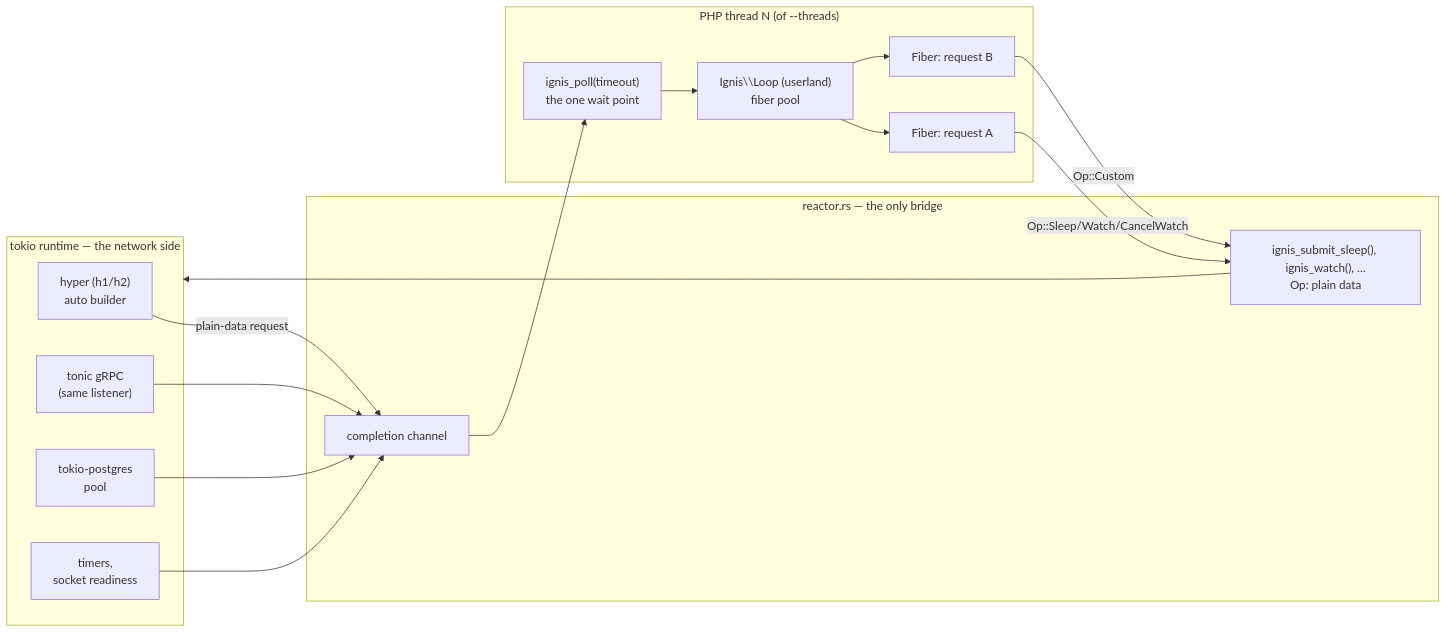
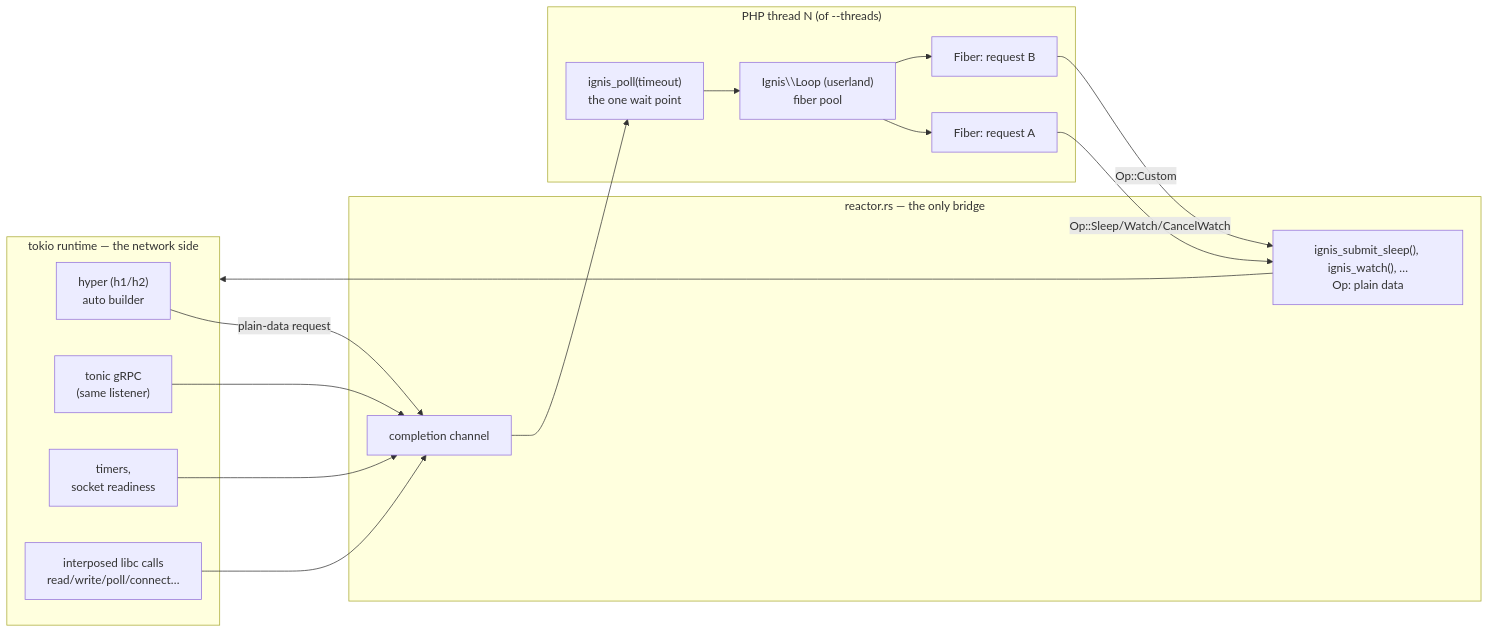
The first of 3 diagrams in docs/concept/architecture.md (koekaverna/ignis), drawn with Mermaid before and after one commit. The commit also changed other lines of this file and 1 other file, not shown here.

First line of the commit message:
docs(architecture): draw the request path and the thread that serves two at once

````diff
--- a/docs/concept/architecture.md
+++ b/docs/concept/architecture.md
@@ -22,33 +21,33 @@
 ```mermaid
 flowchart LR
     subgraph tokio["tokio runtime — the network side"]
         hyper["hyper (h1/h2)\nauto builder"]
         tonic["tonic gRPC\n(same listener)"]
-        pg["tokio-postgres\npool"]
         timers["timers,\nsocket readiness"]
+        park["interposed libc calls\nread/write/poll/connect…"]
     end
 
     subgraph bridge["reactor.rs — the only bridge"]
         submit["ignis_submit_sleep(), ignis_watch(), …\nOp: plain data"]
         completion["completion channel"]
     end
 
     subgraph php["PHP thread N (of --threads)"]
         poll["ignis_poll(timeout)\nthe one wait point"]
         loop_["Ignis\\Loop (userland)\nfiber pool"]
         fiber1["Fiber: request A"]
         fiber2["Fiber: request B"]
     end
 
     hyper -- "plain-data request" --> completion
     tonic --> completion
-    pg --> completion
     timers --> completion
+    park --> completion
     completion --> poll
     poll --> loop_
     loop_ --> fiber1
     loop_ --> fiber2
     fiber1 -- "Op::Sleep/Watch/CancelWatch" --> submit
     fiber2 -- "Op::Custom" --> submit
     submit --> tokio
 ```
````
